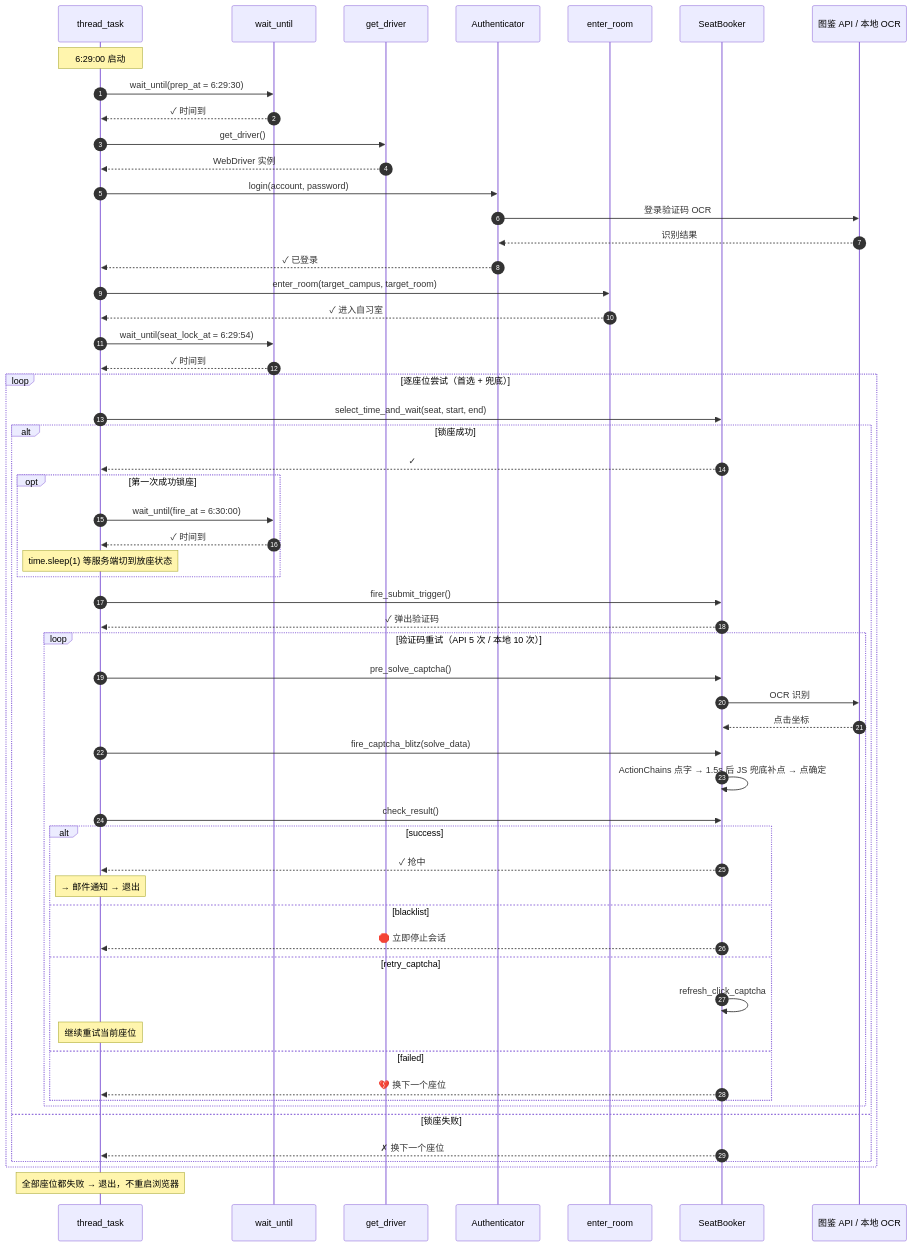
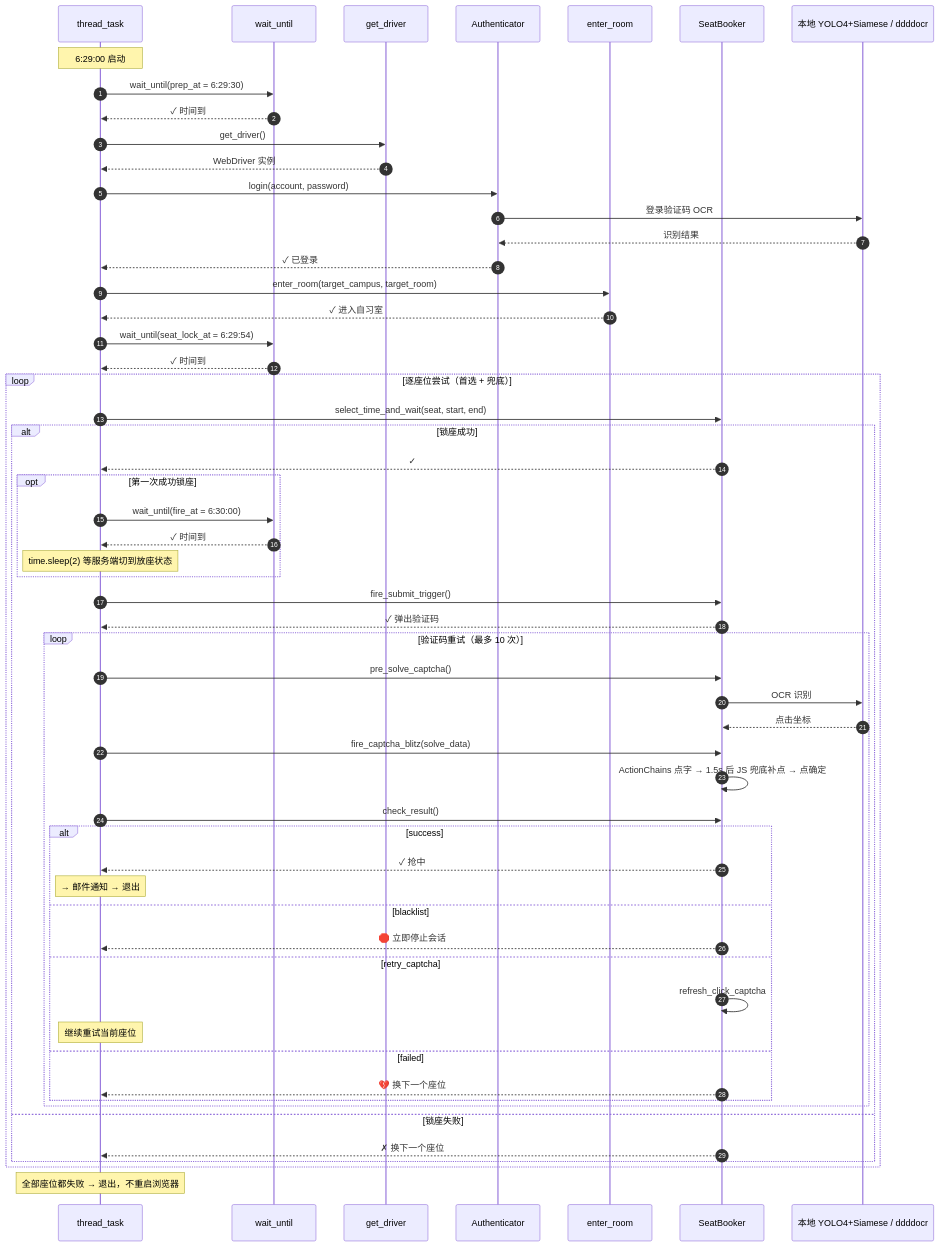
One commit to XUNRANA/LNU-LibSeat-Automation changed the third of 4 diagrams in docs/ARCHITECTURE.md. Above: the diagram before and after it, drawn with Mermaid. The commit also changed other lines of this file and 23 other files, not shown here.

````diff
--- a/docs/ARCHITECTURE.md
+++ b/docs/ARCHITECTURE.md
@@ -137,64 +137,64 @@
 ```mermaid
 sequenceDiagram
     autonumber
     participant T as thread_task
     participant W as wait_until
     participant D as get_driver
     participant A as Authenticator
     participant N as enter_room
     participant B as SeatBooker
-    participant API as 图鉴 API / 本地 OCR
+    participant API as 本地 YOLO4+Siamese / ddddocr
 
     Note over T: 6:29:00 启动
     T->>W: wait_until(prep_at = 6:29:30)
     W-->>T: ✓ 时间到
 
     T->>D: get_driver()
     D-->>T: WebDriver 实例
     T->>A: login(account, password)
     A->>API: 登录验证码 OCR
     API-->>A: 识别结果
     A-->>T: ✓ 已登录
     T->>N: enter_room(target_campus, target_room)
     N-->>T: ✓ 进入自习室
 
     T->>W: wait_until(seat_lock_at = 6:29:54)
     W-->>T: ✓ 时间到
 
     loop 逐座位尝试（首选 + 兜底）
         T->>B: select_time_and_wait(seat, start, end)
         alt 锁座成功
             B-->>T: ✓
             opt 第一次成功锁座
                 T->>W: wait_until(fire_at = 6:30:00)
                 W-->>T: ✓ 时间到
-                Note over T: time.sleep(1) 等服务端切到放座状态
+                Note over T: time.sleep(2) 等服务端切到放座状态
             end
             T->>B: fire_submit_trigger()
             B-->>T: ✓ 弹出验证码
-            loop 验证码重试（API 5 次 / 本地 10 次）
+            loop 验证码重试（最多 10 次）
                 T->>B: pre_solve_captcha()
                 B->>API: OCR 识别
                 API-->>B: 点击坐标
                 T->>B: fire_captcha_blitz(solve_data)
                 B->>B: ActionChains 点字 → 1.5s 后 JS 兜底补点 → 点确定
                 T->>B: check_result()
                 alt success
                     B-->>T: ✓ 抢中
                     Note over T: → 邮件通知 → 退出
                 else blacklist
                     B-->>T: 🛑 立即停止会话
                 else retry_captcha
                     B->>B: refresh_click_captcha
                     Note over T: 继续重试当前座位
                 else failed
                     B-->>T: 💔 换下一个座位
                 end
             end
         else 锁座失败
             B-->>T: ✗ 换下一个座位
         end
     end
 
     Note over T: 全部座位都失败 → 退出，不重启浏览器
 ```
````
